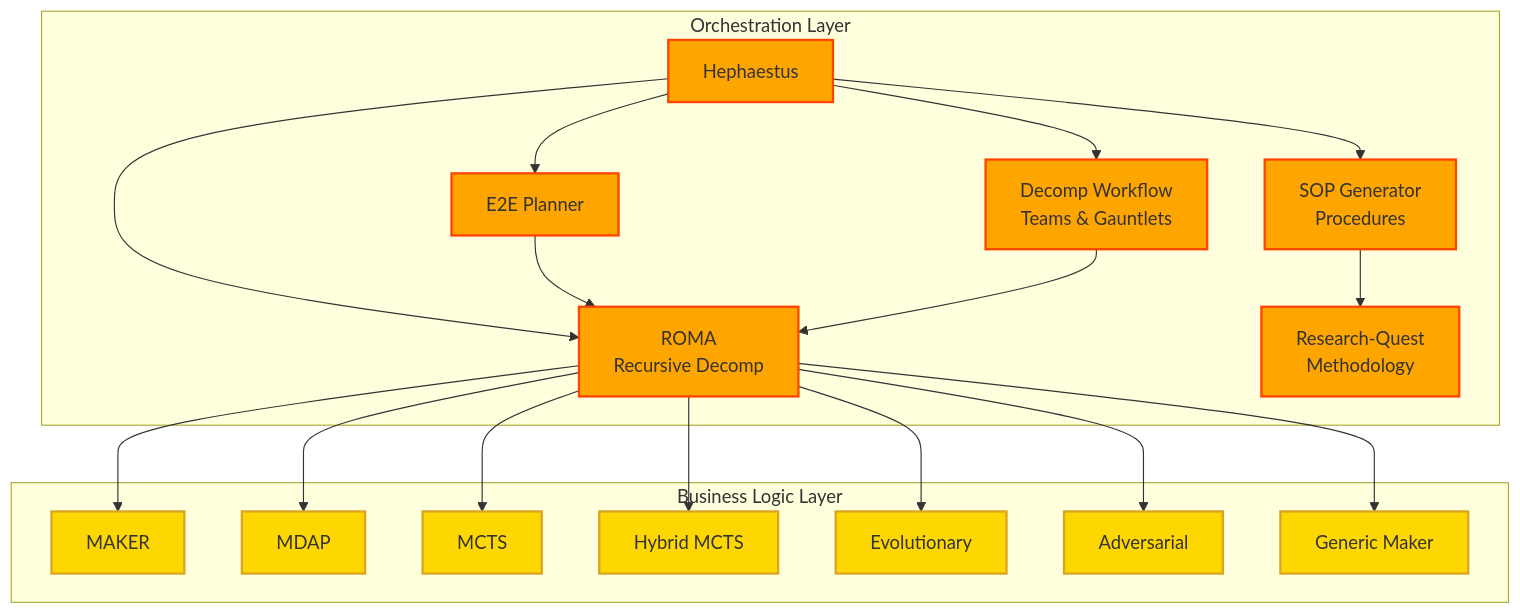
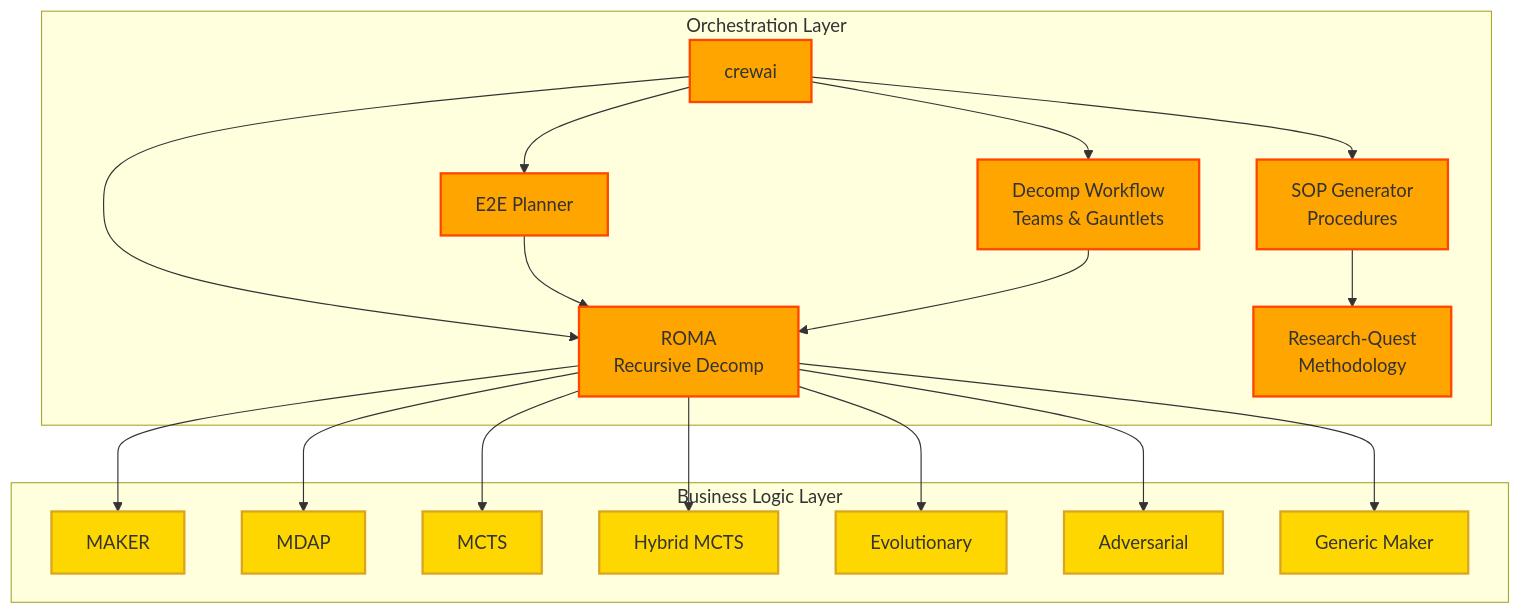
Before and after one commit to jazir555/OpenEvolveFrontend: the fourth of 28 diagrams in docs/integrations/INTEGRATION_ARCHITECTURE_MERMAID.md, drawn with Mermaid. The commit also changed other lines of this file and 153 other files, not shown here.

````diff
--- a/docs/integrations/INTEGRATION_ARCHITECTURE_MERMAID.md
+++ b/docs/integrations/INTEGRATION_ARCHITECTURE_MERMAID.md
@@ -330,44 +330,44 @@
 ```mermaid
 graph TB
     subgraph "Orchestration Layer"
-        HP[Hephaestus]
+        HP[crewai]
         RM[ROMA<br/>Recursive Decomp]
         E2E[E2E Planner]
         DW[Decomp Workflow<br/>Teams & Gauntlets]
         SG[SOP Generator<br/>Procedures]
         RQ[Research-Quest<br/>Methodology]
     end
 
     subgraph "Business Logic Layer"
         MK[MAKER]
         MD[MDAP]
         MC[MCTS]
         HM[Hybrid MCTS]
         EV[Evolutionary]
         AD[Adversarial]
         GM[Generic Maker]
     end
 
     HP --> RM
     HP --> E2E
     HP --> DW
     HP --> SG
 
     RM --> MK
     RM --> MD
     RM --> MC
     RM --> HM
     RM --> EV
     RM --> AD
     RM --> GM
 
     E2E --> RM
     DW --> RM
     SG --> RQ
 
     classDef orchStyle fill:#FFA500,stroke:#FF4500,stroke-width:2px
     class HP,RM,E2E,DW,SG,RQ orchStyle
 
     classDef bizStyle fill:#FFD700,stroke:#DAA520,stroke-width:2px
     class MK,MD,MC,HM,EV,AD,GM bizStyle
 ```
````
